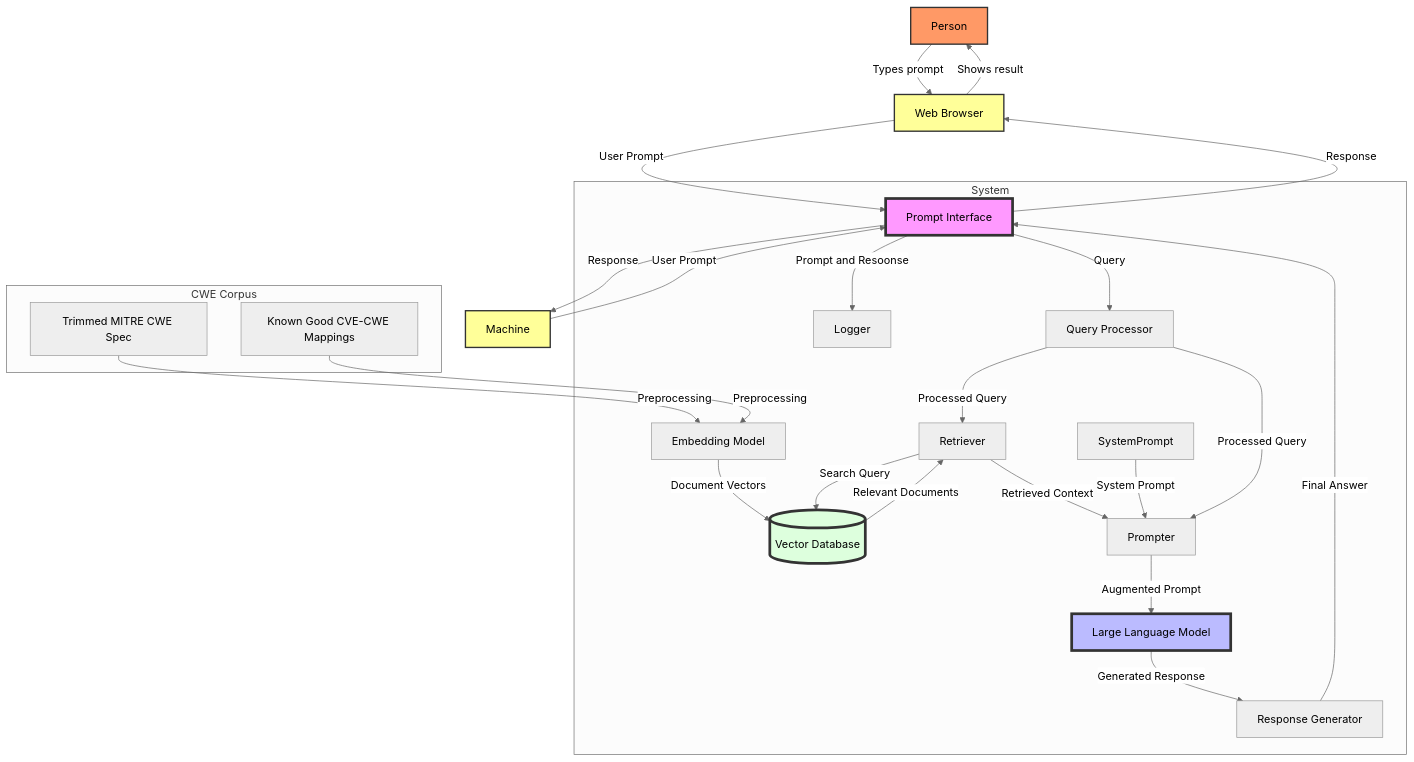
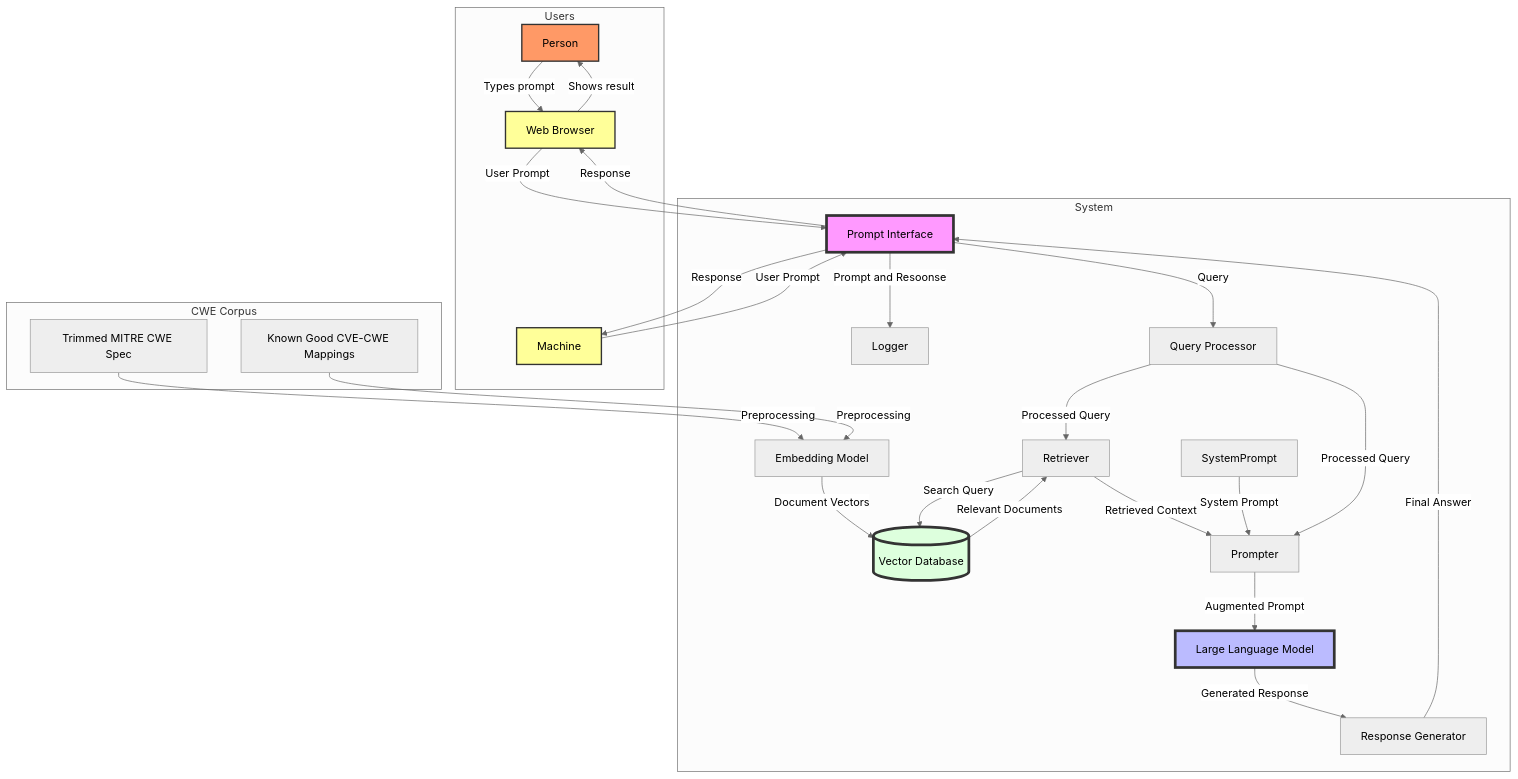
One commit to CyberSecAI/CWEMap changed the diagram in images_as_code/system.md. Above: the diagram before and after it, drawn with Mermaid (neutral theme).

Commit message:
add box to users

````diff
--- a/images_as_code/system.md
+++ b/images_as_code/system.md
@@ -13,43 +13,44 @@
 ```mermaid
 
 graph TD
     Person[Person] -->|Types prompt| Browser[Web Browser]
     Browser -->|User Prompt| User[Prompt Interface]
     Machine -->|User Prompt| User[Prompt Interface]
     
     
     subgraph "System"
         User[Prompt Interface] -->|Prompt and Resoonse| Logger
 
         Embedder -->|Document Vectors| VectorDB
         User -->|Query| QueryProcessor[Query Processor]
         QueryProcessor -->|Processed Query| Retriever[Retriever]
         Retriever -->|Search Query| VectorDB[(Vector Database)]
         VectorDB -->|Relevant Documents| Retriever
         Retriever -->|Retrieved Context| Prompter[Prompter]
         SystemPrompt -->|System Prompt| Prompter[Prompter]
         QueryProcessor -->|Processed Query| Prompter
         Prompter -->|Augmented Prompt| LLM[Large Language Model]
         LLM -->|Generated Response| ResponseGenerator[Response Generator]
     end
 
-    ResponseGenerator -->|Final Answer| User
-    User -->|Response| Browser
-    User -->|Response| Machine
-
-    Browser -->|Shows result| Person
+    subgraph "Users"
+        ResponseGenerator -->|Final Answer| User
+        User -->|Response| Browser
+        User -->|Response| Machine
+        Browser -->|Shows result| Person
+    end
 
     subgraph "CWE Corpus"
         CWEDocs[Trimmed MITRE CWE Spec] -->|Preprocessing| Embedder[Embedding Model]
         CWEExamples[Known Good CVE-CWE Mappings] -->|Preprocessing| Embedder[Embedding Model]
 
     end
 
     style Person fill:#f96,stroke:#333,stroke-width:2px
     style Browser fill:#ff9,stroke:#333,stroke-width:2px
     style Machine fill:#ff9,stroke:#333,stroke-width:2px
     style User fill:#f9f,stroke:#333,stroke-width:4px
     style LLM fill:#bbf,stroke:#333,stroke-width:4px
     style VectorDB fill:#dfd,stroke:#333,stroke-width:4px
 
 ```
````
